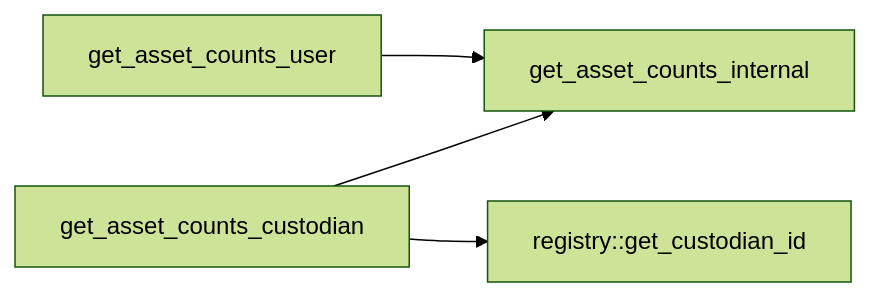
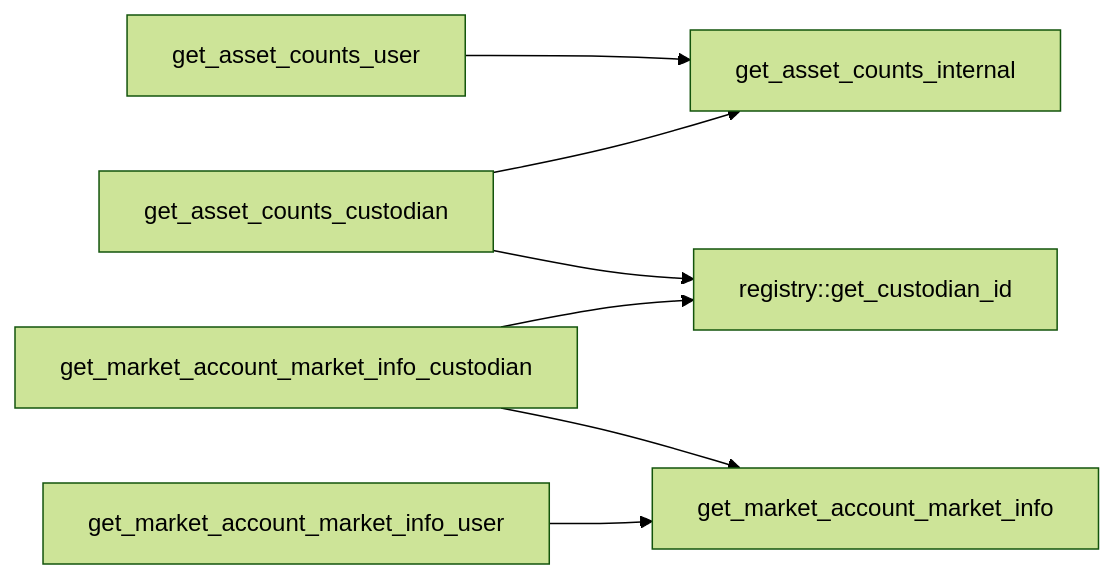
The third of 5 diagrams in src/move/econia/doc/user.md (econia-labs/econia), drawn with Mermaid (forest theme) before and after one commit. The commit also changed other lines of this file and 1 other file, not shown here.

First line of the commit message:
Add market account market info getters, tests

````diff
--- a/src/move/econia/doc/user.md
+++ b/src/move/econia/doc/user.md
@@ -252,10 +254,19 @@
 ```mermaid
 
 flowchart LR
 
+get_asset_counts_user --> get_asset_counts_internal
+
 get_asset_counts_custodian --> get_asset_counts_internal
 get_asset_counts_custodian --> registry::get_custodian_id
 
-get_asset_counts_user --> get_asset_counts_internal
+
+get_market_account_market_info_custodian -->
+get_market_account_market_info
+get_market_account_market_info_custodian -->
+registry::get_custodian_id
+
+get_market_account_market_info_user -->
+get_market_account_market_info
 
 ```
````
